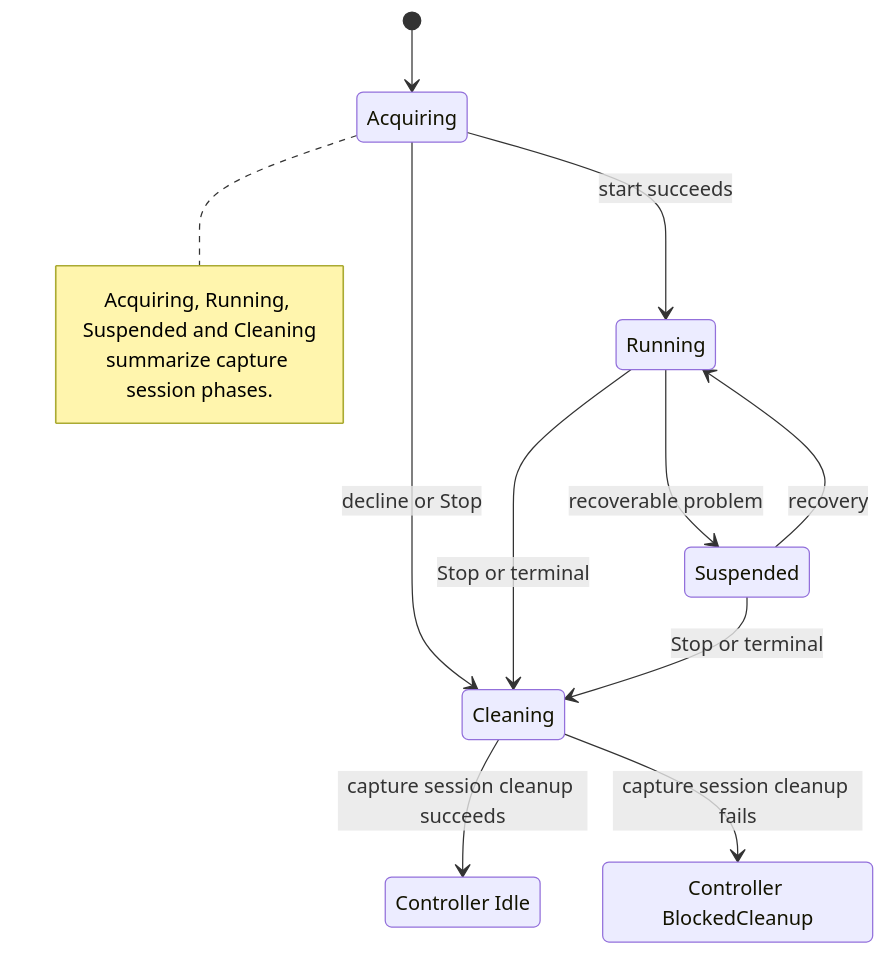
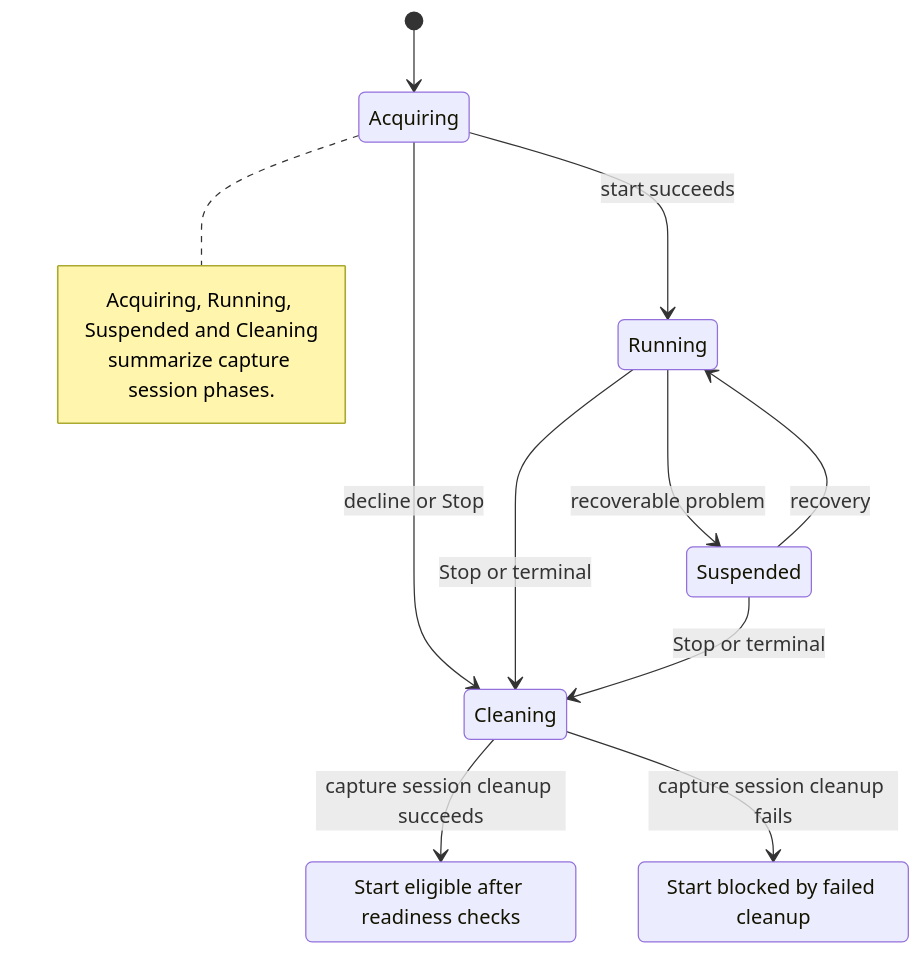
One commit to dkrivoruchko/ScreenStream changed the second of 2 diagrams in mjpeg2/internal/01-lifecycle/module-lifecycle.md. Above: the diagram before and after it, drawn with Mermaid. The commit also changed other lines of this file and 311 other files, not shown here.

````diff
--- a/mjpeg2/internal/01-lifecycle/module-lifecycle.md
+++ b/mjpeg2/internal/01-lifecycle/module-lifecycle.md
@@ -61,18 +61,18 @@
 ```mermaid
 stateDiagram-v2
     [*] --> Acquiring
     Acquiring --> Running: start succeeds
     Running --> Suspended: recoverable problem
     Suspended --> Running: recovery
     Acquiring --> Cleaning: decline or Stop
     Running --> Cleaning: Stop or terminal
     Suspended --> Cleaning: Stop or terminal
-    state "Controller Idle" as Idle
-    state "Controller BlockedCleanup" as Blocked
+    state "Start eligible after readiness checks" as Idle
+    state "Start blocked by failed cleanup" as Blocked
     Cleaning --> Idle: capture session cleanup succeeds
     Cleaning --> Blocked: capture session cleanup fails
     note right of Acquiring
         Acquiring, Running, Suspended and Cleaning
         summarize capture session phases.
     end note
 ```
````
